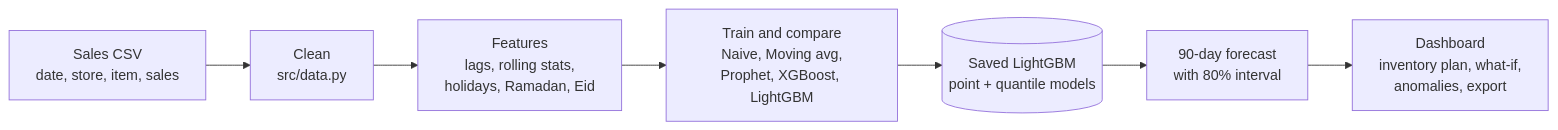
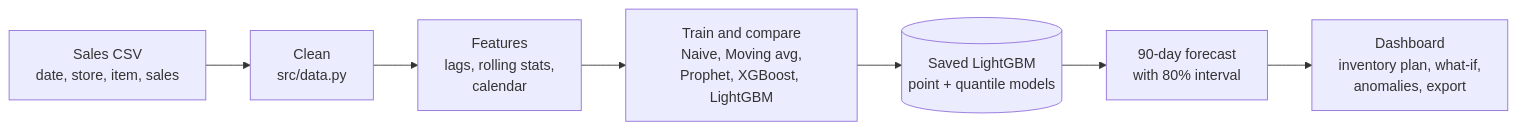
The diagram in README.md (kinzaamjad35-dev/sales-forecaster), drawn with Mermaid before and after one commit. The commit also changed other lines of this file and 27 other files, not shown here.

Commit message:
Remove holiday, Ramadan and Eid features; retrain and refresh results

````diff
--- a/README.md
+++ b/README.md
@@ -71,9 +71,9 @@
 ```mermaid
 flowchart LR
     A[Sales CSV<br/>date, store, item, sales] --> B[Clean<br/>src/data.py]
-    B --> C[Features<br/>lags, rolling stats,<br/>holidays, Ramadan, Eid]
+    B --> C[Features<br/>lags, rolling stats,<br/>calendar]
     C --> D[Train and compare<br/>Naive, Moving avg,<br/>Prophet, XGBoost, LightGBM]
     D --> E[(Saved LightGBM<br/>point + quantile models)]
     E --> F[90-day forecast<br/>with 80% interval]
     F --> G[Dashboard<br/>inventory plan, what-if,<br/>anomalies, export]
 ```
````
